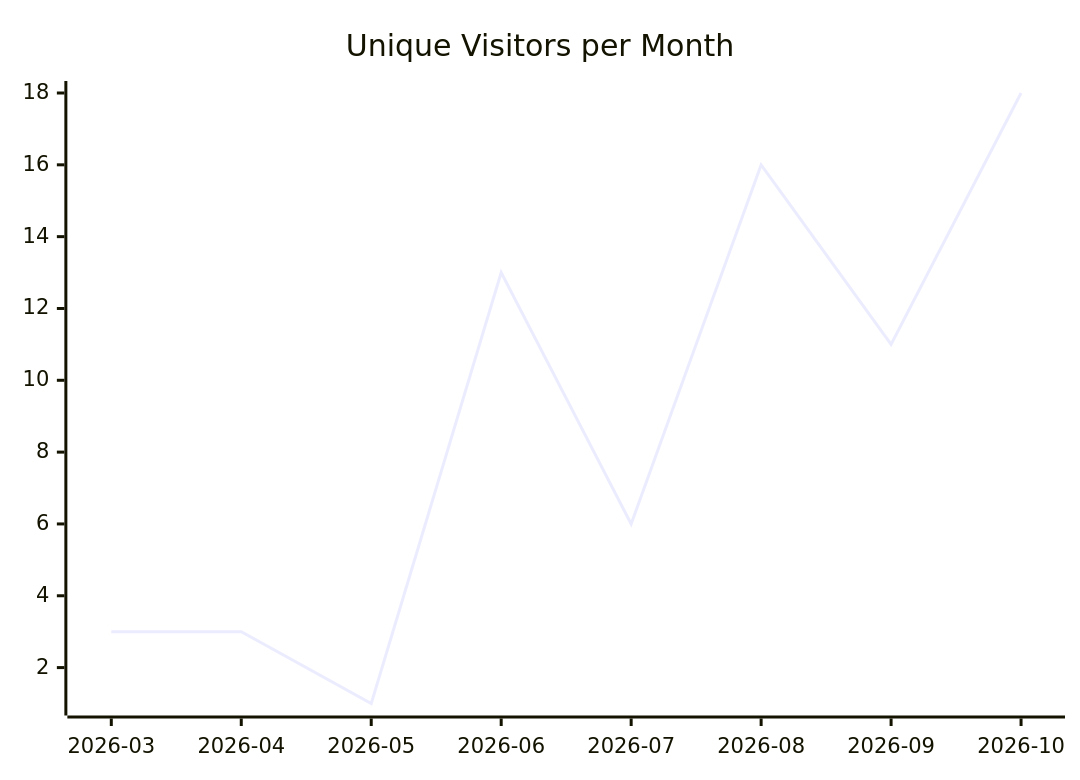
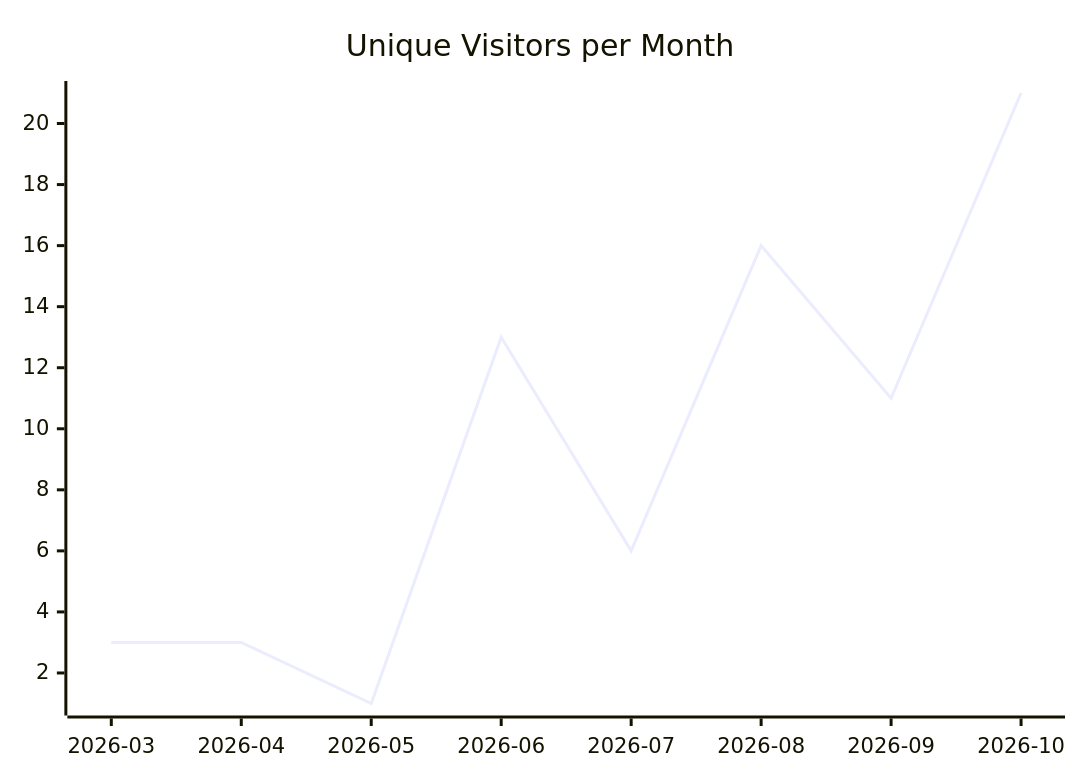
Before and after one commit to justdavis-family/github-analytics-data: the first of 3 diagrams in karlmdavis/rps-tourney/README.md, drawn with Mermaid. The commit also changed other lines of this file and 201 other files, not shown here.

````diff
--- a/karlmdavis/rps-tourney/README.md
+++ b/karlmdavis/rps-tourney/README.md
@@ -5,6 +5,6 @@
 ```mermaid
 xychart-beta
   title "Unique Visitors per Month"
   x-axis ["2026-03", "2026-04", "2026-05", "2026-06", "2026-07", "2026-08", "2026-09", "2026-10"]
-  line [3, 3, 1, 13, 6, 16, 11, 18]
+  line [3, 3, 1, 13, 6, 16, 11, 21]
 ```
````
